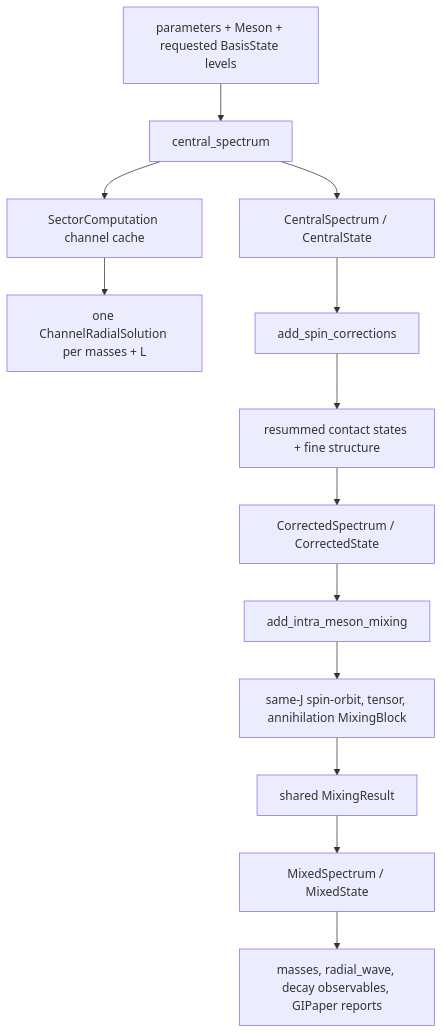
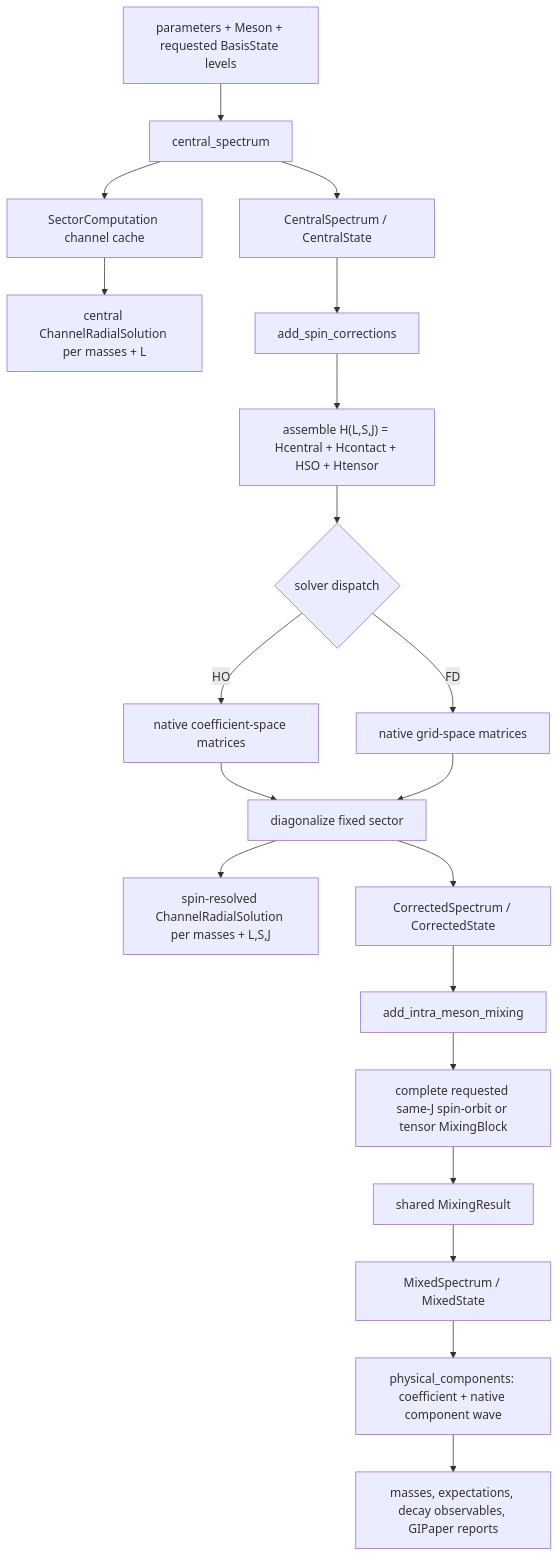
One commit to mmikhasenko/GIModel.jl changed the second of 2 diagrams in docs/code_architecture.md. Above: the diagram before and after it, drawn with Mermaid. The commit also changed other lines of this file and 52 other files, not shown here.

Commit message:
Implement native fixed-sector spin Hamiltonians and mixing

````diff
--- a/docs/code_architecture.md
+++ b/docs/code_architecture.md
@@ -58,15 +57,22 @@
 ```mermaid
 flowchart TD
   I["parameters + Meson + requested BasisState levels"] --> C["central_spectrum"]
   C --> CC["SectorComputation channel cache"]
-  CC --> CR["one ChannelRadialSolution per masses + L"]
+  CC --> CR["central ChannelRadialSolution per masses + L"]
   C --> CS["CentralSpectrum / CentralState"]
   CS --> A["add_spin_corrections"]
-  A --> RS["resummed contact states + fine structure"]
+  A --> H["assemble H(L,S,J) = Hcentral + Hcontact + HSO + Htensor"]
+  H --> HD{"solver dispatch"}
+  HD -->|"HO"| HM["native coefficient-space matrices"]
+  HD -->|"FD"| FM["native grid-space matrices"]
+  HM --> RS["diagonalize fixed sector"]
+  FM --> RS
+  RS --> RC["spin-resolved ChannelRadialSolution per masses + L,S,J"]
   RS --> COR["CorrectedSpectrum / CorrectedState"]
   COR --> B["add_intra_meson_mixing"]
-  B --> MB["same-J spin-orbit, tensor, annihilation MixingBlock"]
+  B --> MB["complete requested same-J spin-orbit or tensor MixingBlock"]
   MB --> MR["shared MixingResult"]
   MR --> MS["MixedSpectrum / MixedState"]
-  MS --> OUT["masses, radial_wave, decay observables, GIPaper reports"]
+  MS --> PC["physical_components: coefficient + native component wave"]
+  PC --> OUT["masses, expectations, decay observables, GIPaper reports"]
 ```
````
